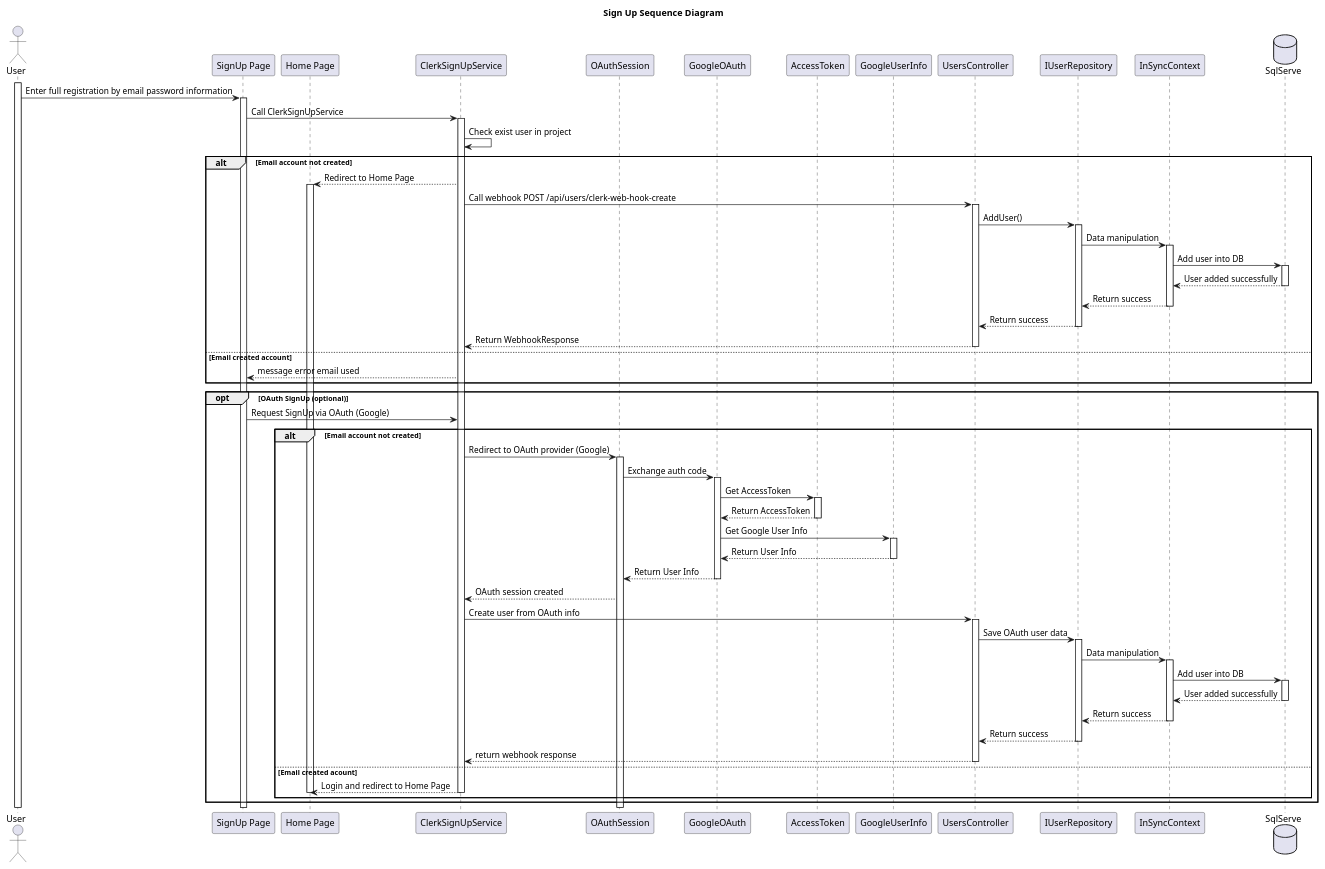
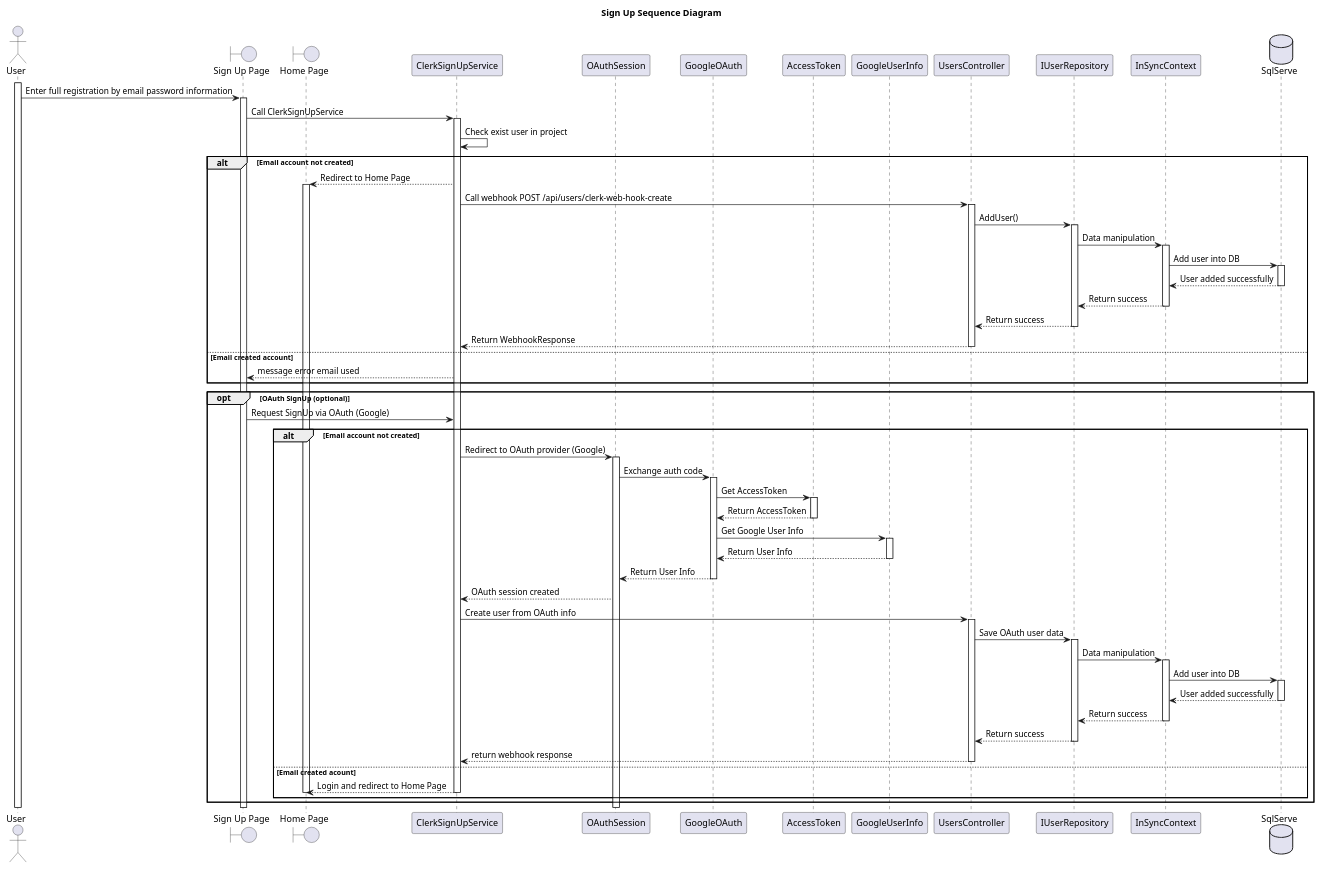
The diagram in ClassDiagram/Authentication/SignUpSequenceDiagram.plantuml (Caothuludau/InSyncDocument), drawn with PlantUML before and after one commit. The commit also changed 22 other files, not shown here.

```diff
--- a/ClassDiagram/Authentication/SignUpSequenceDiagram.plantuml
+++ b/ClassDiagram/Authentication/SignUpSequenceDiagram.plantuml
@@ -1,118 +1,118 @@
 @startuml SignUpSequenceDiagram
 skinparam classAttributeIconSize 0
 Title Sign Up Sequence Diagram
 'Character	Visibility
 '-			private
 '#			protected
 '~			package private
 '+			public
 
 'Extension	<|--	Quan hệ mở rộng từ (là extends hoặc implements nhưng ko có annotations trong code)
 'Composition	*--	 Quan hệ gắn kết chặt chẽ : part - of
 'Aggregation	o--	Quan hệ liên kết giữa hai thực thể : use, has
 
 ' Include các file vào trong file để sử dụng'
     actor "User" as U
-    participant "SignUp Page" as SUP
-    participant "Home Page" as HP
+    boundary "Sign Up Page" as SUP
+    boundary "Home Page" as HP
     participant "ClerkSignUpService" as CS
     participant "OAuthSession" as OS
     participant "GoogleOAuth" as GO
     participant "AccessToken" as AT
     participant "GoogleUserInfo" as GUI
 
     participant "UsersController" as UC
     participant "IUserRepository" as IUserRepo
     participant "InSyncContext" as CONTEXT
     database "SqlServe" as Db
 
     activate U
     U -> SUP : Enter full registration by email password information
     activate SUP
     SUP -> CS : Call ClerkSignUpService
     activate CS
     CS -> CS : Check exist user in project
     alt Email account not created
         CS  --> HP : Redirect to Home Page
         activate HP
        
         
         CS -> UC : Call webhook POST /api/users/clerk-web-hook-create
         activate UC
 
         UC ->IUserRepo : AddUser()
         activate IUserRepo
 
         IUserRepo -> CONTEXT : Data manipulation
         activate CONTEXT
 
         CONTEXT -> Db : Add user into DB
         activate Db
 
         ' Database returns success or failure
         Db --> CONTEXT : User added successfully
         deactivate Db
 
         CONTEXT --> IUserRepo : Return success
         deactivate CONTEXT
 
         IUserRepo --> UC : Return success
         deactivate IUserRepo
 
         ' UsersController returns response to ClerkSignUp
         UC --> CS : Return WebhookResponse
         deactivate UC
         ' ClerkSignUp responds to User with success message
     else Email created account
         CS --> SUP : message error email used
     end
 
 
 
     opt OAuth SignUp (optional)
         SUP -> CS : Request SignUp via OAuth (Google)
         alt Email account not created
             CS -> OS : Redirect to OAuth provider (Google)
             activate OS
             OS -> GO : Exchange auth code
             activate GO
             GO -> AT : Get AccessToken
             activate AT
             AT --> GO : Return AccessToken
             deactivate AT
             GO -> GUI : Get Google User Info
             activate GUI
             GUI --> GO : Return User Info
             deactivate GUI
             GO --> OS : Return User Info
             deactivate GO
             OS --> CS : OAuth session created
             CS -> UC : Create user from OAuth info
             activate UC 
             UC -> IUserRepo : Save OAuth user data
             activate IUserRepo
 
             IUserRepo -> CONTEXT : Data manipulation
             activate CONTEXT
             CONTEXT -> Db : Add user into DB
             activate Db
             ' Database returns success or failure
             Db --> CONTEXT : User added successfully
             deactivate Db
 
             CONTEXT --> IUserRepo : Return success
             deactivate CONTEXT
 
             IUserRepo --> UC : Return success
             deactivate IUserRepo
             UC --> CS : return webhook response
             deactivate UC
         else Email created acount
             CS --> HP     : Login and redirect to Home Page
             deactivate CS
             deactivate HP
         end
     end
 
 
 @enduml
```
